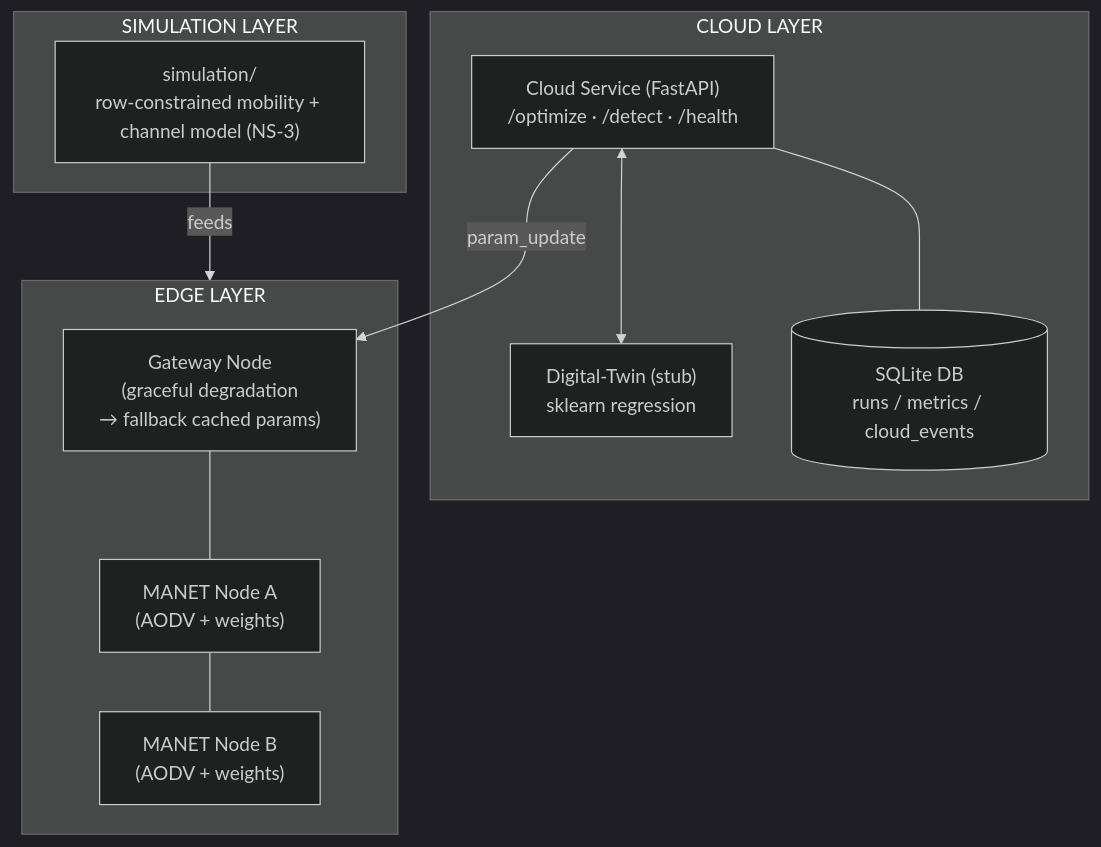
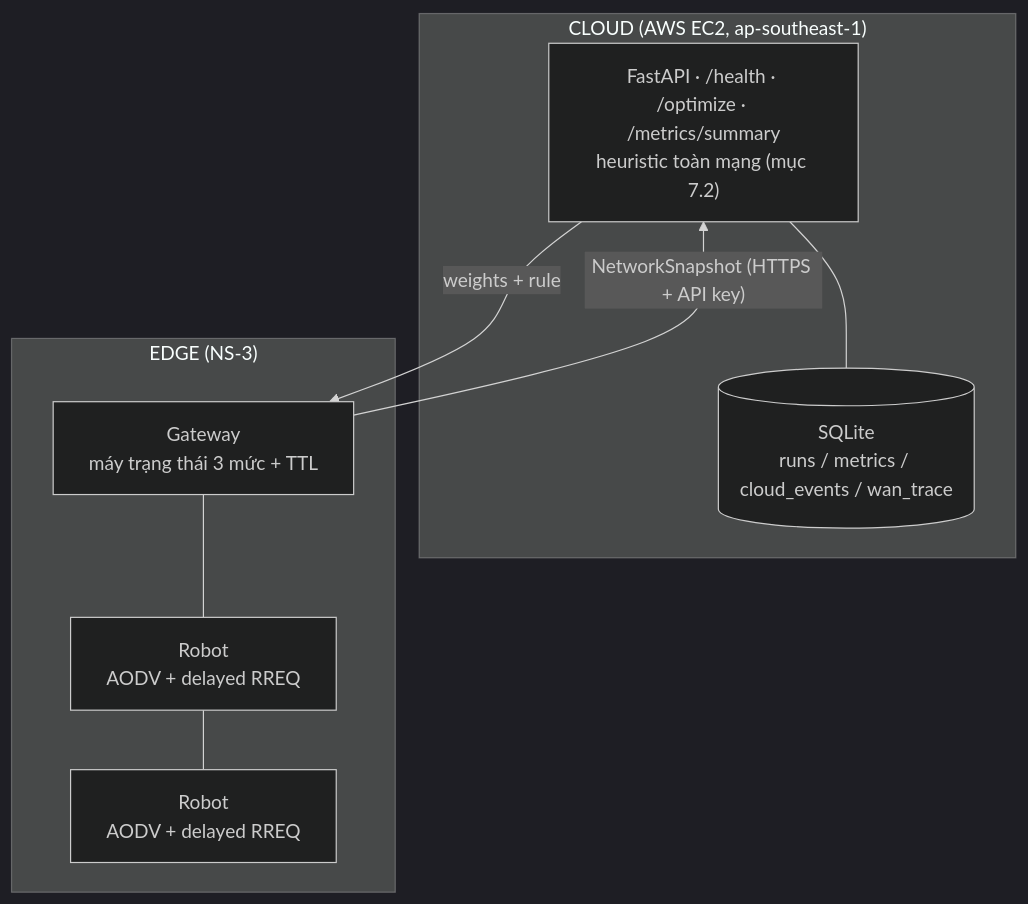
Before and after one commit to duckluyencode/manet-greenhouse-cloud-NT131: the diagram in README.md, drawn with Mermaid (dark theme). The commit also changed other lines of this file and 7 other files, not shown here.

````diff
--- a/README.md
+++ b/README.md
@@ -22,24 +22,18 @@
 ```mermaid
 graph TB
-    subgraph CLOUD["CLOUD LAYER"]
-        CS["Cloud Service (FastAPI)<br/>/optimize · /detect · /health"]
-        DT["Digital-Twin (stub)<br/>sklearn regression"]
-        DB[("SQLite DB<br/>runs / metrics / cloud_events")]
-        CS <--> DT
+    subgraph CLOUD["CLOUD (AWS EC2, ap-southeast-1)"]
+        CS["FastAPI · /health · /optimize · /metrics/summary<br/>heuristic toàn mạng (mục 7.2)"]
+        DB[("SQLite<br/>runs / metrics / cloud_events / wan_trace")]
         CS --- DB
     end
 
-    subgraph EDGE["EDGE LAYER"]
-        GW["Gateway Node<br/>(graceful degradation<br/>→ fallback cached params)"]
-        NA["MANET Node A<br/>(AODV + weights)"]
-        NB["MANET Node B<br/>(AODV + weights)"]
+    subgraph EDGE["EDGE (NS-3)"]
+        GW["Gateway<br/>máy trạng thái 3 mức + TTL"]
+        NA["Robot<br/>AODV + delayed RREQ"]
+        NB["Robot<br/>AODV + delayed RREQ"]
         GW --- NA --- NB
     end
 
-    subgraph SIM["SIMULATION LAYER"]
-        NS["simulation/<br/>row-constrained mobility + channel model (NS-3)"]
-    end
-
-    CS -->|param_update| GW
-    NS -->|feeds| EDGE
+    GW -->|"NetworkSnapshot (HTTPS + API key)"| CS
+    CS -->|"weights + rule"| GW
 ```
````
